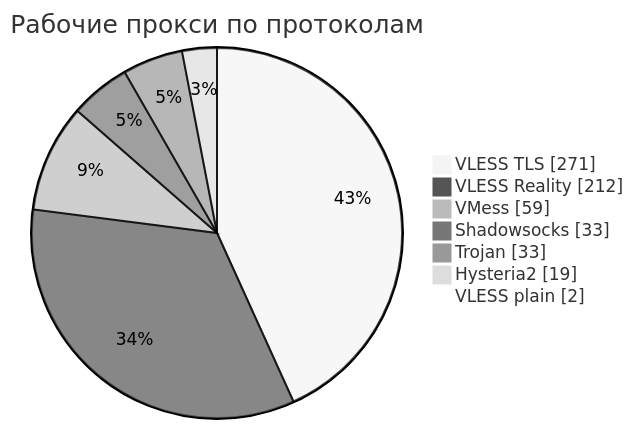
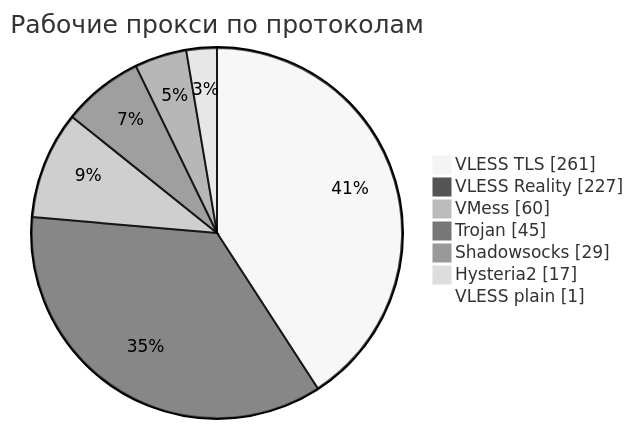
Before and after one commit to rvvg/proxy-subs: the third of 4 diagrams in README.md, drawn with Mermaid (neutral theme). The commit also changed other lines of this file and 47 other files, not shown here.

````diff
--- a/README.md
+++ b/README.md
@@ -133,11 +135,11 @@
 ```mermaid
 pie showData
     title Рабочие прокси по протоколам
-    "VLESS TLS" : 271
-    "VLESS Reality" : 212
-    "VMess" : 59
-    "Shadowsocks" : 33
-    "Trojan" : 33
-    "Hysteria2" : 19
-    "VLESS plain" : 2
+    "VLESS TLS" : 261
+    "VLESS Reality" : 227
+    "VMess" : 60
+    "Trojan" : 45
+    "Shadowsocks" : 29
+    "Hysteria2" : 17
+    "VLESS plain" : 1
 ```
````
